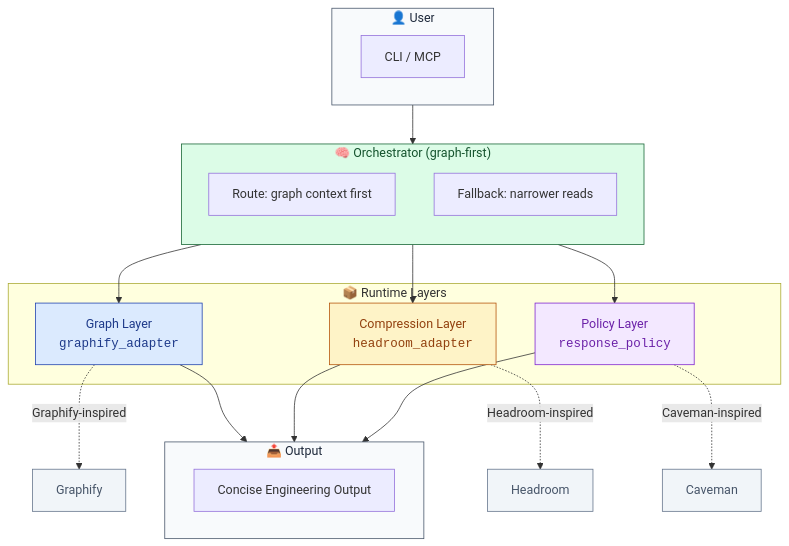
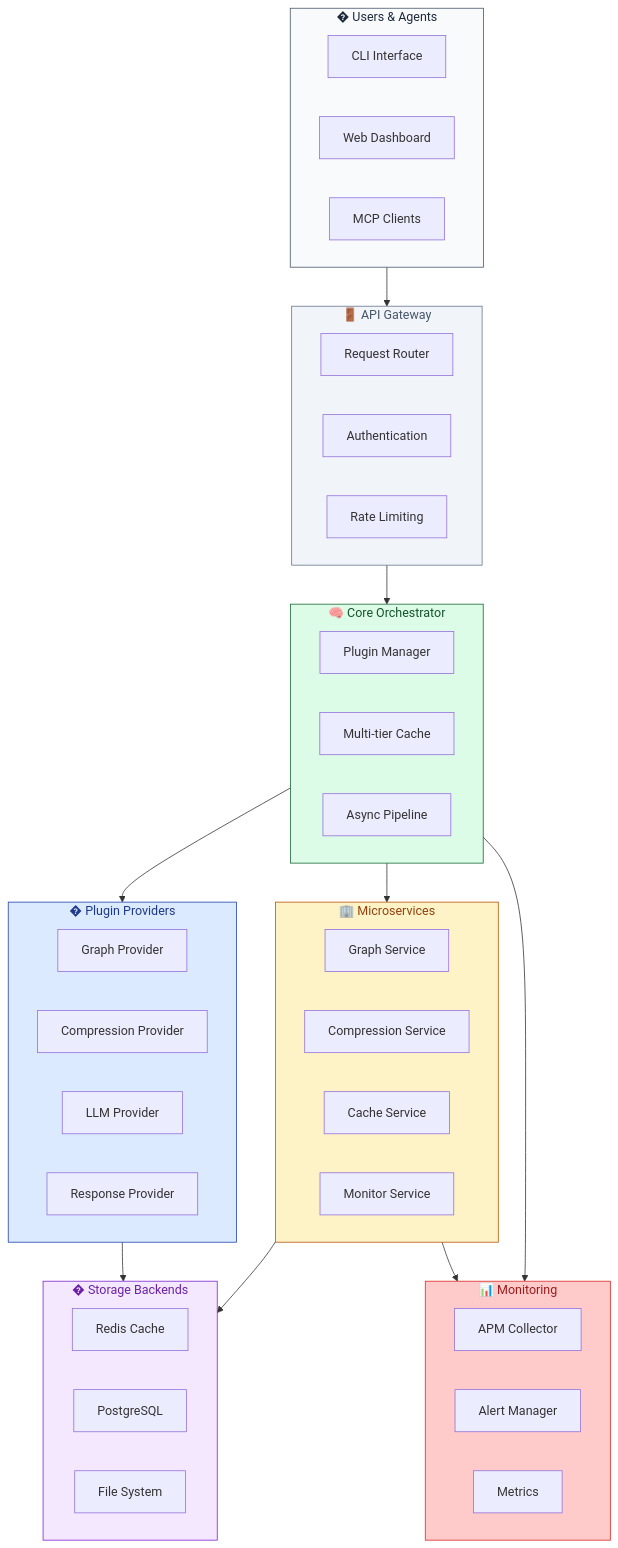
Before and after one commit to DelwarOfficial/Lithic: the diagram in README.md, drawn with Mermaid. The commit also changed other lines of this file, not shown here.

````diff
--- a/README.md
+++ b/README.md
@@ -167,44 +191,63 @@
 ```mermaid
 graph TB
-    subgraph User["👤 User"]
-        CLI["CLI / MCP"]
+    subgraph Users["� Users & Agents"]
+        CLI["CLI Interface"]
+        Web["Web Dashboard"]
+        MCP["MCP Clients"]
     end
 
-    subgraph Orchestrator["🧠 Orchestrator (graph-first)"]
-        direction TB
-        Router["Route: graph context first"]
-        Fallback["Fallback: narrower reads"]
+    subgraph Gateway["🚪 API Gateway"]
+        Router["Request Router"]
+        Auth["Authentication"]
+        RateLimit["Rate Limiting"]
     end
 
-    subgraph Layers["📦 Runtime Layers"]
-        Graph["Graph Layer<br/><code>graphify_adapter</code>"]
-        Compression["Compression Layer<br/><code>headroom_adapter</code>"]
-        Policy["Policy Layer<br/><code>response_policy</code>"]
+    subgraph Core["🧠 Core Orchestrator"]
+        PluginMgr["Plugin Manager"]
+        Cache["Multi-tier Cache"]
+        Streaming["Async Pipeline"]
     end
 
-    subgraph Output["📤 Output"]
-        Response["Concise Engineering Output"]
+    subgraph Providers["� Plugin Providers"]
+        GraphP["Graph Provider"]
+        CompressP["Compression Provider"] 
+        LLMP["LLM Provider"]
+        ResponseP["Response Provider"]
     end
 
-    User --> Orchestrator
-    Orchestrator --> Graph
-    Orchestrator --> Compression
-    Orchestrator --> Policy
-    Graph --> Output
-    Compression --> Output
-    Policy --> Output
+    subgraph Services["🏢 Microservices"]
+        GraphSvc["Graph Service"]
+        CompressSvc["Compression Service"]
+        CacheSvc["Cache Service"]
+        MonitorSvc["Monitor Service"]
+    end
 
-    Graph -.->|"Graphify-inspired"| Graphify["Graphify"]
-    Compression -.->|"Headroom-inspired"| Headroom["Headroom"]
-    Policy -.->|"Caveman-inspired"| Caveman["Caveman"]
+    subgraph Storage["� Storage Backends"]
+        Redis["Redis Cache"]
+        Postgres["PostgreSQL"]
+        FS["File System"]
+    end
 
-    style Graph fill:#dbeafe,stroke:#1e40af,color:#1e3a8a
-    style Compression fill:#fef3c7,stroke:#b45309,color:#92400e
-    style Policy fill:#f3e8ff,stroke:#7e22ce,color:#6b21a8
-    style Orchestrator fill:#dcfce7,stroke:#166534,color:#14532d
-    style User fill:#f8fafc,stroke:#475569,color:#1e293b
-    style Output fill:#f8fafc,stroke:#475569,color:#1e293b
-    style Graphify fill:#f1f5f9,stroke:#64748b,color:#475569
-    style Headroom fill:#f1f5f9,stroke:#64748b,color:#475569
-    style Caveman fill:#f1f5f9,stroke:#64748b,color:#475569
+    subgraph Monitor["📊 Monitoring"]
+        APM["APM Collector"]
+        Alerts["Alert Manager"]
+        Metrics["Metrics"]
+    end
+
+    Users --> Gateway
+    Gateway --> Core
+    Core --> Providers
+    Core --> Services
+    Providers --> Storage
+    Services --> Storage
+    Services --> Monitor
+    Core --> Monitor
+
+    style Core fill:#dcfce7,stroke:#166534,color:#14532d
+    style Providers fill:#dbeafe,stroke:#1e40af,color:#1e3a8a
+    style Services fill:#fef3c7,stroke:#b45309,color:#92400e
+    style Storage fill:#f3e8ff,stroke:#7e22ce,color:#6b21a8
+    style Monitor fill:#fecaca,stroke:#dc2626,color:#991b1b
+    style Users fill:#f8fafc,stroke:#475569,color:#1e293b
+    style Gateway fill:#f1f5f9,stroke:#64748b,color:#475569
 ```
````
